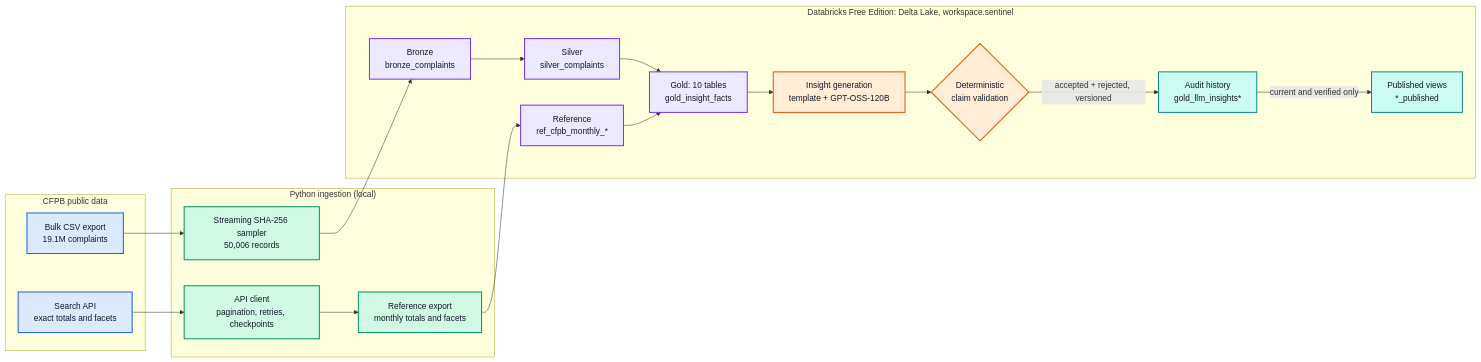
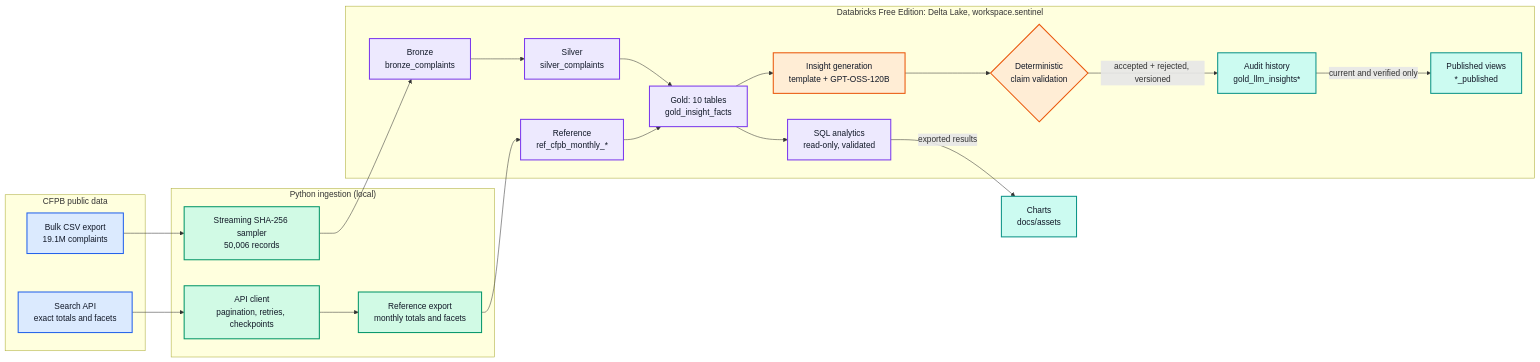
The diagram in README.md (ManitJ/sentinel-ai), drawn with Mermaid before and after one commit. The commit also changed other lines of this file and 51 other files, not shown here.

Commit message:
Add validated SQL analytics and portfolio visualizations

````diff
--- a/README.md
+++ b/README.md
@@ -45,43 +87,47 @@
 ```mermaid
 flowchart LR
     subgraph Sources["CFPB public data"]
         API["Search API<br/>exact totals and facets"]
         BULK["Bulk CSV export<br/>19.1M complaints"]
     end
 
     subgraph Local["Python ingestion (local)"]
         ING["API client<br/>pagination, retries, checkpoints"]
         SAMP["Streaming SHA-256 sampler<br/>50,006 records"]
         REF["Reference export<br/>monthly totals and facets"]
     end
 
     subgraph DBX["Databricks Free Edition: Delta Lake, workspace.sentinel"]
         BRONZE["Bronze<br/>bronze_complaints"]
         SILVER["Silver<br/>silver_complaints"]
         REFT["Reference<br/>ref_cfpb_monthly_*"]
         GOLD["Gold: 10 tables<br/>gold_insight_facts"]
+        SQLQ["SQL analytics<br/>read-only, validated"]
         GEN["Insight generation<br/>template + GPT-OSS-120B"]
         VAL{"Deterministic<br/>claim validation"}
         HIST["Audit history<br/>gold_llm_insights*"]
         PUB["Published views<br/>*_published"]
     end
 
+    CHARTS["Charts<br/>docs/assets"]
+
     API --> ING --> REF --> REFT
     BULK --> SAMP --> BRONZE --> SILVER --> GOLD
     REFT --> GOLD
+    GOLD --> SQLQ -->|exported results| CHARTS
     GOLD --> GEN --> VAL
     VAL -->|accepted + rejected, versioned| HIST
     HIST -->|current and verified only| PUB
 
     classDef source fill:#DBEAFE,stroke:#2563EB,stroke-width:2px,color:#111827
     classDef ingest fill:#D1FAE5,stroke:#059669,stroke-width:2px,color:#111827
     classDef lakehouse fill:#EDE9FE,stroke:#7C3AED,stroke-width:2px,color:#111827
     classDef ai fill:#FFEDD5,stroke:#EA580C,stroke-width:2px,color:#111827
     classDef publish fill:#CCFBF1,stroke:#0D9488,stroke-width:2px,color:#111827
 
     class API,BULK source
     class ING,SAMP,REF ingest
-    class BRONZE,SILVER,REFT,GOLD lakehouse
+    class BRONZE,SILVER,REFT,GOLD,SQLQ lakehouse
     class GEN,VAL ai
-    class HIST,PUB publish
+    class HIST,PUB,CHARTS publish
 ```
````
